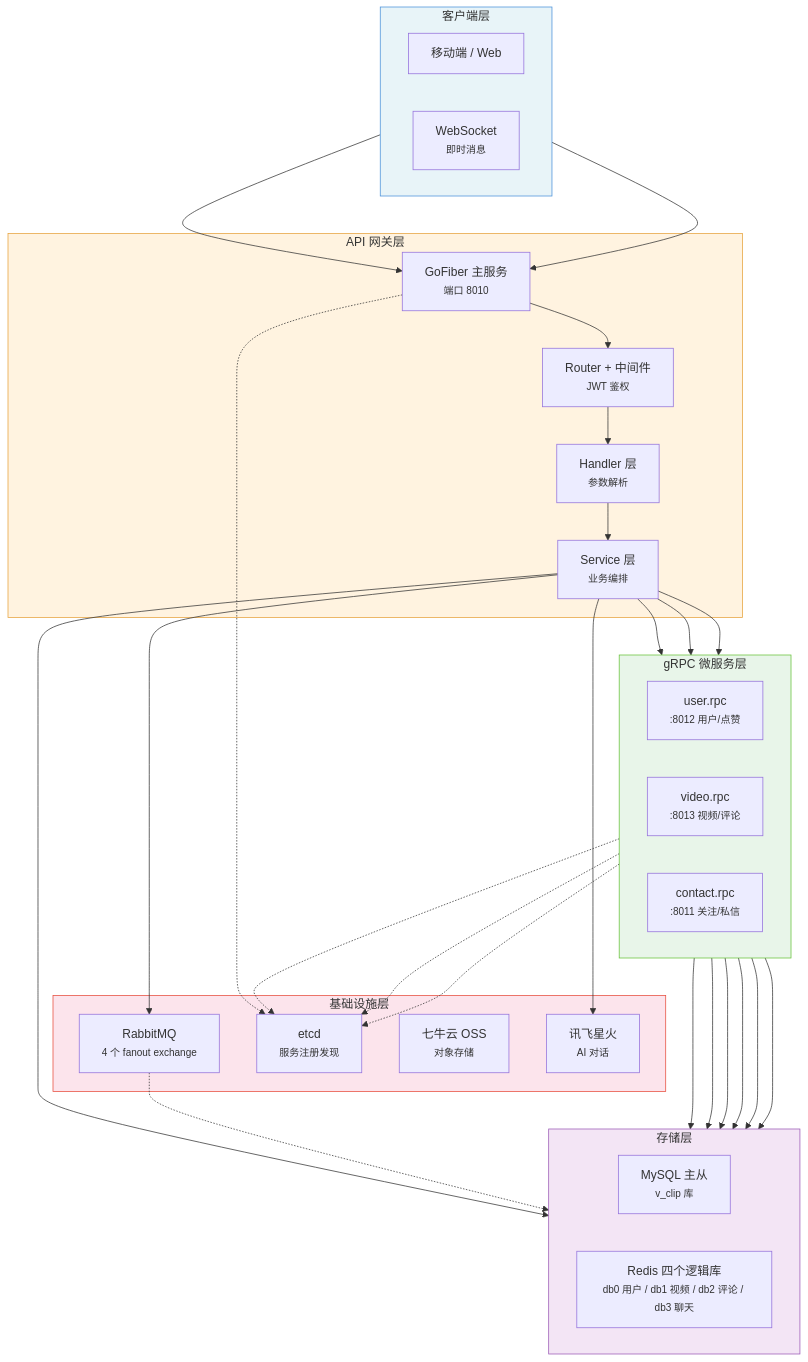
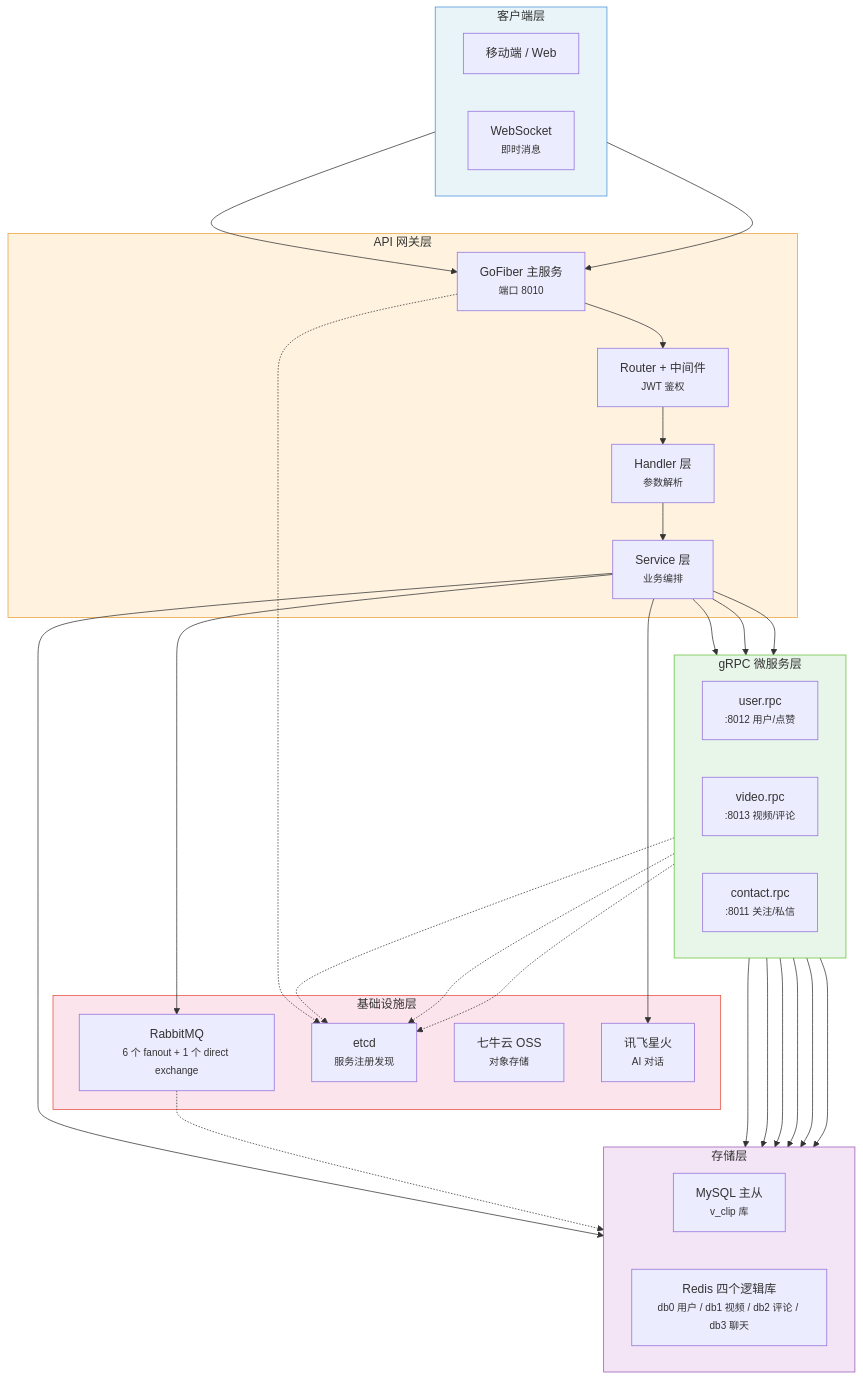
One commit to LT0X/click-video changed the first of 3 diagrams in README.md. Above: the diagram before and after it, drawn with Mermaid. The commit also changed other lines of this file and 31 other files, not shown here.

````diff
--- a/README.md
+++ b/README.md
@@ -29,64 +29,64 @@
 ```mermaid
 graph TB
     subgraph CLI["客户端层"]
         direction LR
         APP["移动端 / Web"]
         WS["WebSocket<br/><small>即时消息</small>"]
     end
 
     subgraph GW["API 网关层"]
         FIBER["GoFiber 主服务<br/><small>端口 8010</small>"]
         ROUTE["Router + 中间件<br/><small>JWT 鉴权</small>"]
         HANDLER["Handler 层<br/><small>参数解析</small>"]
         SVC["Service 层<br/><small>业务编排</small>"]
     end
 
     subgraph RPC["gRPC 微服务层"]
         direction LR
         URPC["user.rpc<br/><small>:8012 用户/点赞</small>"]
         VRPC["video.rpc<br/><small>:8013 视频/评论</small>"]
         CRPC["contact.rpc<br/><small>:8011 关注/私信</small>"]
     end
 
     subgraph STORE["存储层"]
         direction LR
         MYSQL["MySQL 主从<br/><small>v_clip 库</small>"]
         REDIS["Redis 四个逻辑库<br/><small>db0 用户 / db1 视频 / db2 评论 / db3 聊天</small>"]
     end
 
     subgraph INFRA["基础设施层"]
-        MQ["RabbitMQ<br/><small>4 个 fanout exchange</small>"]
+        MQ["RabbitMQ<br/><small>6 个 fanout + 1 个 direct exchange</small>"]
         ETCD["etcd<br/><small>服务注册发现</small>"]
         OSS["七牛云 OSS<br/><small>对象存储</small>"]
         LLM["讯飞星火<br/><small>AI 对话</small>"]
     end
 
     APP --> FIBER
     WS --> FIBER
     FIBER --> ROUTE
     ROUTE --> HANDLER
     HANDLER --> SVC
     SVC --> URPC
     SVC --> VRPC
     SVC --> CRPC
     SVC --> MQ
     SVC --> REDIS
     SVC --> LLM
     URPC --> MYSQL
     VRPC --> MYSQL
     CRPC --> MYSQL
     URPC --> REDIS
     VRPC --> REDIS
     CRPC --> REDIS
     URPC -.-> ETCD
     VRPC -.-> ETCD
     CRPC -.-> ETCD
     FIBER -.-> ETCD
     MQ -.-> STORE
 
     style CLI fill:#e8f4f8,stroke:#4a90d9,color:#333
     style GW fill:#fff3e0,stroke:#e6a23c,color:#333
     style RPC fill:#e8f5e9,stroke:#67c23a,color:#333
     style STORE fill:#f3e5f5,stroke:#9b59b6,color:#333
     style INFRA fill:#fce4ec,stroke:#e74c3c,color:#333
 ```
````
